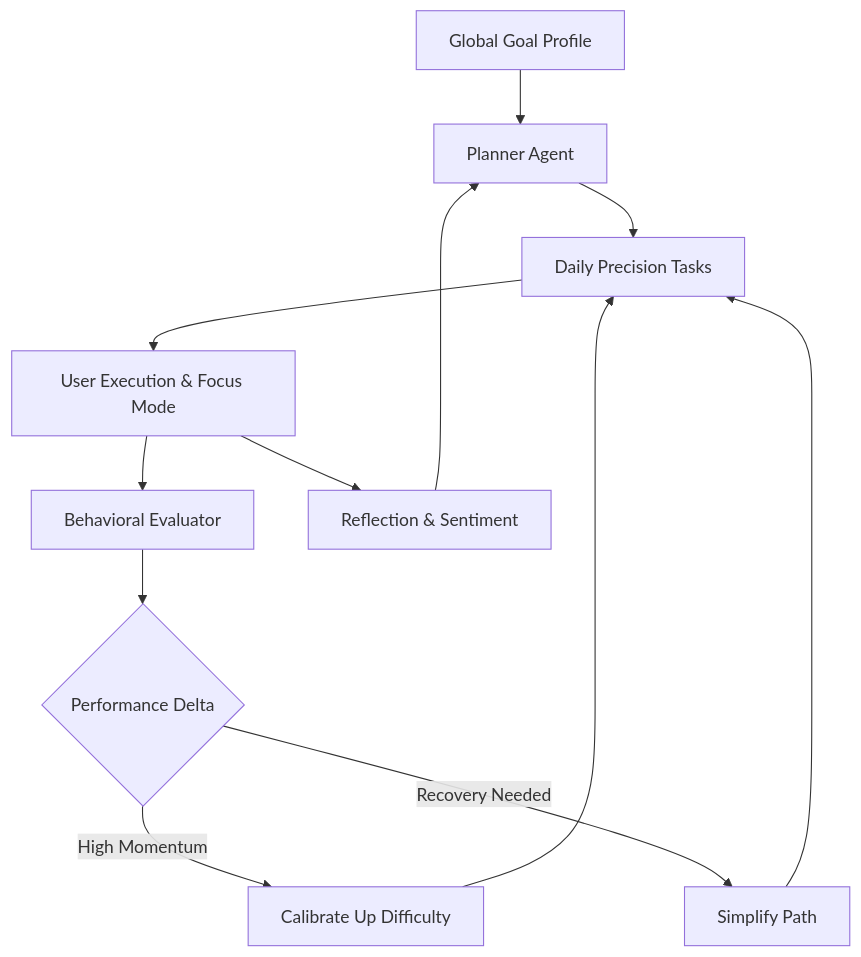
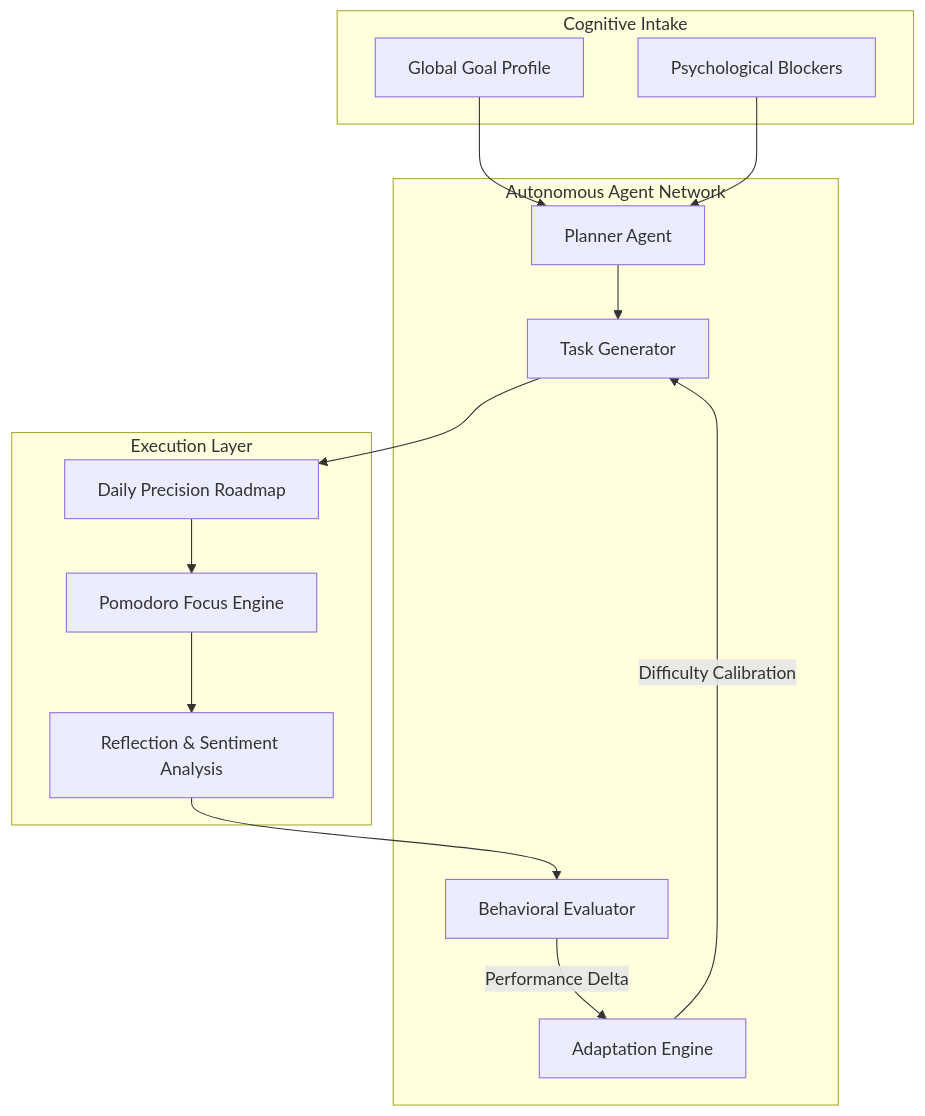
One commit to ManoShruthiS/Execustra changed the diagram in README.md. Above: the diagram before and after it, drawn with Mermaid. The commit also changed other lines of this file and 5 other files, not shown here.

````diff
--- a/README.md
+++ b/README.md
@@ -25,14 +25,30 @@
 ```mermaid
 graph TD
-    A[Global Goal Profile] --> B[Planner Agent]
-    B --> C[Daily Precision Tasks]
-    C --> D[User Execution & Focus Mode]
-    D --> E[Behavioral Evaluator]
-    E --> F{Performance Delta}
-    F -->|High Momentum| G[Calibrate Up Difficulty]
-    F -->|Recovery Needed| H[Simplify Path]
-    G --> C
-    H --> C
-    D --> I[Reflection & Sentiment]
-    I --> B
+    %% High-Level System Architecture
+    subgraph Cognitive Intake
+        A[Global Goal Profile]
+        B[Psychological Blockers]
+    end
+
+    subgraph Autonomous Agent Network
+        C[Planner Agent]
+        D[Task Generator]
+        E[Behavioral Evaluator]
+        F[Adaptation Engine]
+    end
+
+    subgraph Execution Layer
+        G[Daily Precision Roadmap]
+        H[Pomodoro Focus Engine]
+        I[Reflection & Sentiment Analysis]
+    end
+
+    A & B --> C
+    C --> D
+    D --> G
+    G --> H
+    H --> I
+    I --> E
+    E -- Performance Delta --> F
+    F -- Difficulty Calibration --> D
 ```
````
